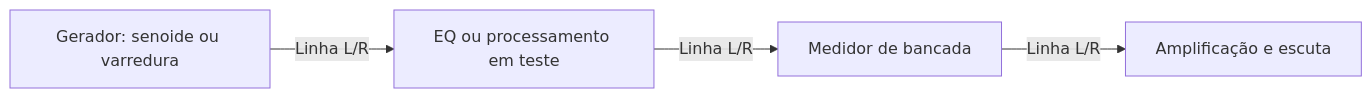
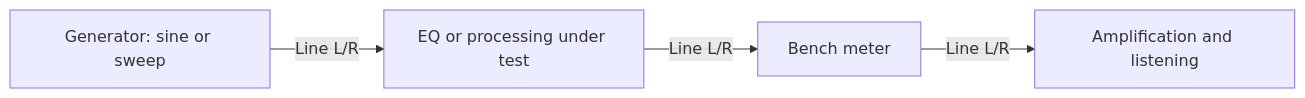
The diagram in docs/diagrams/geradores-e-medidores-01.mmd (gperegr/AudioSystem), drawn with Mermaid before and after one commit. The commit also changed 79 other files, not shown here.

```diff
--- a/docs/diagrams/geradores-e-medidores-01.mmd
+++ b/docs/diagrams/geradores-e-medidores-01.mmd
@@ -1,4 +1,4 @@
 flowchart LR
-    G["Gerador: senoide ou varredura"] -->|"Linha L/R"| EQ["EQ ou processamento em teste"]
-    EQ -->|"Linha L/R"| M["Medidor de bancada"]
-    M -->|"Linha L/R"| A["Amplificação e escuta"]
+    G["Generator: sine or sweep"] -->|"Line L/R"| EQ["EQ or processing under test"]
+    EQ -->|"Line L/R"| M["Bench meter"]
+    M -->|"Line L/R"| A["Amplification and listening"]
```
